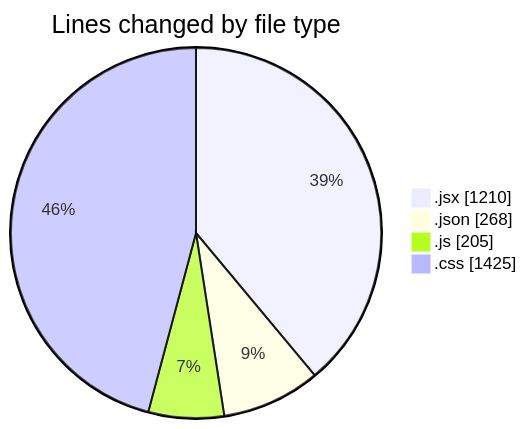
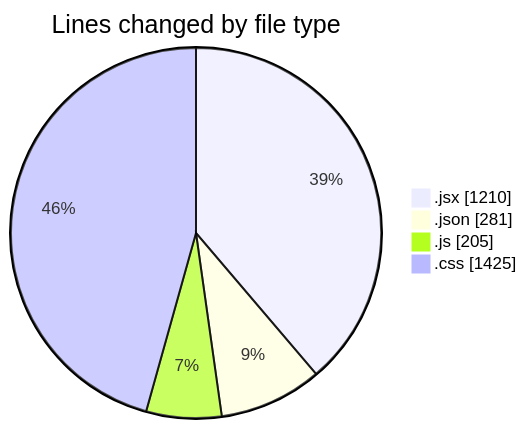
One commit to BS-eng2023/code-tracking changed the first of 2 diagrams in 2025-05-04/project/README.md. Above: the diagram before and after it, drawn with Mermaid. The commit also changed other lines of this file and 1 other file, not shown here.

````diff
--- a/2025-05-04/project/README.md
+++ b/2025-05-04/project/README.md
@@ -39,8 +39,8 @@
 ```mermaid
 pie showData
 title Lines changed by file type
 ".jsx" : 1210
-".json" : 268
+".json" : 281
 ".js" : 205
 ".css" : 1425
 ```
````
